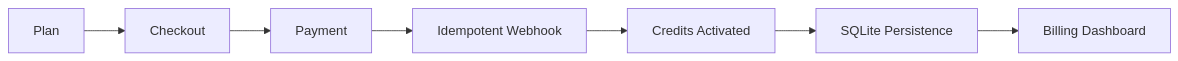
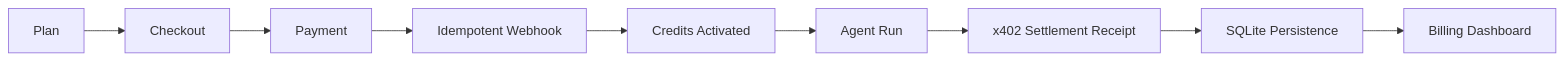
The fourth of 4 diagrams in README.md (ShivamSoni20/DodoArc), drawn with Mermaid before and after one commit. The commit also changed other lines of this file and 16 other files, not shown here.

````diff
--- a/README.md
+++ b/README.md
@@ -222,9 +267,11 @@
 ```mermaid
 flowchart LR
     Plan["Plan"] --> Checkout["Checkout"]
     Checkout --> Payment["Payment"]
     Payment --> Webhook["Idempotent Webhook"]
     Webhook --> Credits["Credits Activated"]
-    Credits --> Persistence["SQLite Persistence"]
+    Credits --> Agent["Agent Run"]
+    Agent --> Settlement["x402 Settlement Receipt"]
+    Settlement --> Persistence["SQLite Persistence"]
     Persistence --> Dashboard["Billing Dashboard"]
 ```
````
